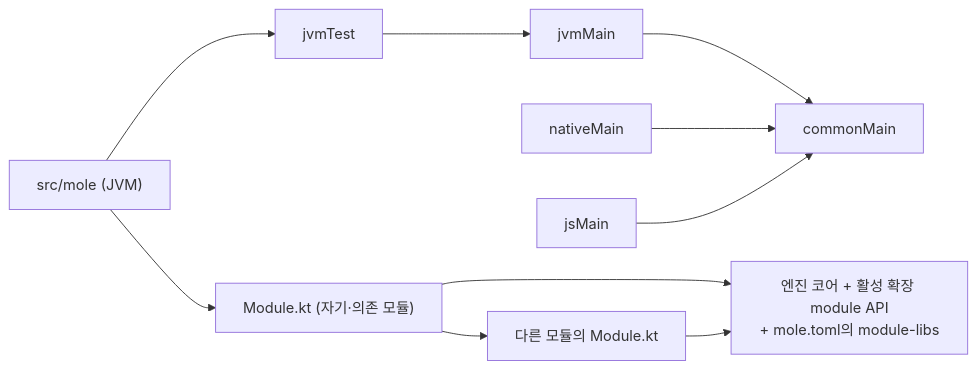
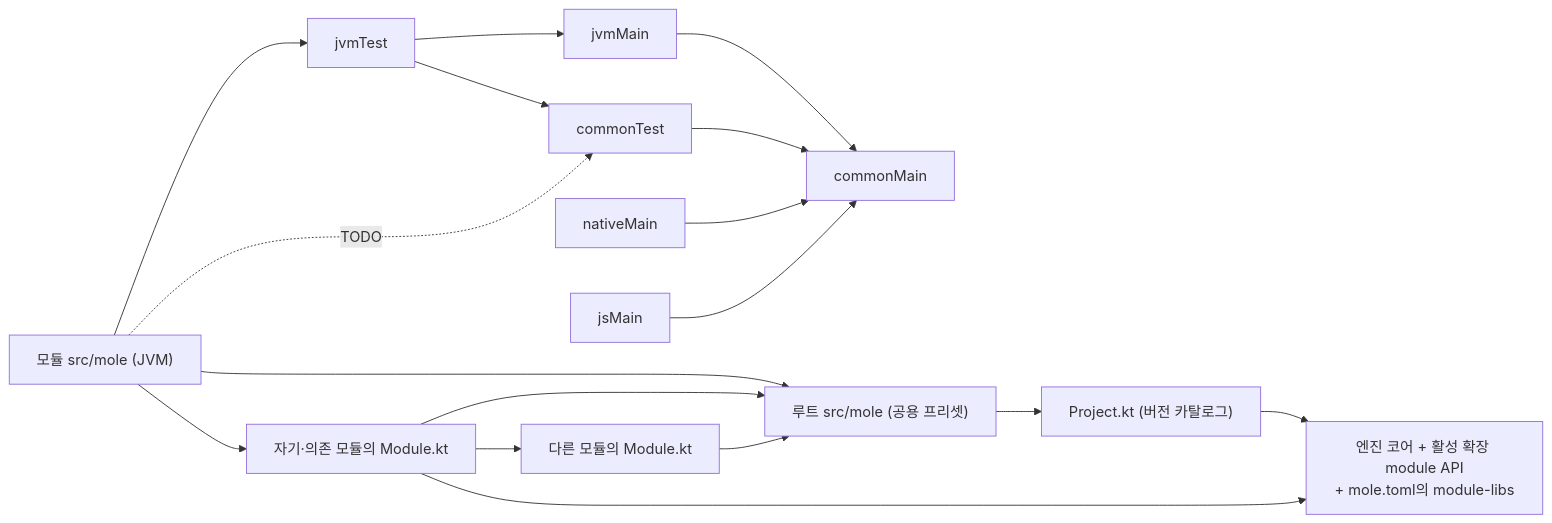
The second of 2 diagrams in _posts/2026-09-21-mole-quick-start.md (JustBurrow/JustBurrow.github.io), drawn with Mermaid before and after one commit. The commit also changed other lines of this file, not shown here.

First line of the commit message:
🖊️ 루트를 Project로 바꾸고 루트 src/mole을 공용 라이브러리로.

````diff
--- a/_posts/2026-09-21-mole-quick-start.md
+++ b/_posts/2026-09-21-mole-quick-start.md
@@ -186,10 +191,16 @@
 ```mermaid
 flowchart LR
-    mole["src/mole (JVM)"] --> jvmTest --> jvmMain --> commonMain
-    mole --> Module["Module.kt (자기·의존 모듈)"]
+    mole["모듈 src/mole (JVM)"] --> jvmTest --> jvmMain --> commonMain
+    jvmTest --> commonTest --> commonMain
+    mole -.->|TODO| commonTest
+    mole --> Module["자기·의존 모듈의 Module.kt"]
+    mole --> rootMole
     Module --> otherModule["다른 모듈의 Module.kt"]
-    Module --> engine["엔진 코어 + 활성 확장 module API<br/>+ mole.toml의 module-libs"]
-    otherModule --> engine
+    Module --> rootMole["루트 src/mole (공용 프리셋)"]
+    otherModule --> rootMole
+    rootMole --> Project["Project.kt (버전 카탈로그)"]
+    Project --> engine["엔진 코어 + 활성 확장 module API<br/>+ mole.toml의 module-libs"]
+    Module --> engine
     nativeMain --> commonMain
     jsMain --> commonMain
 ```
````
